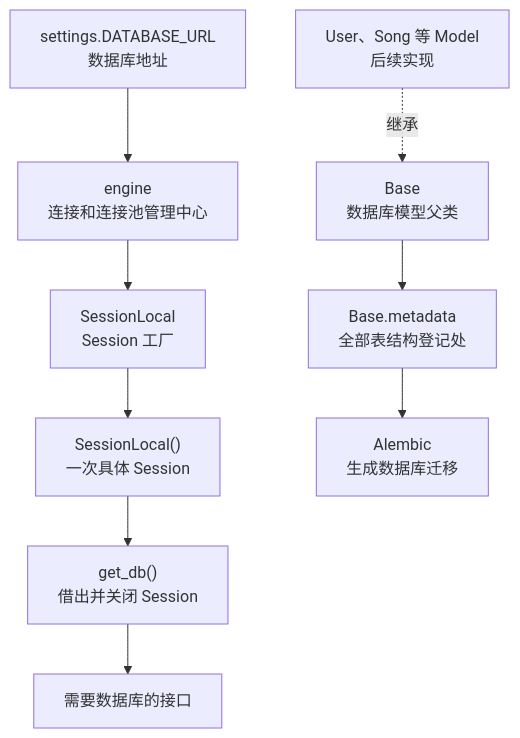
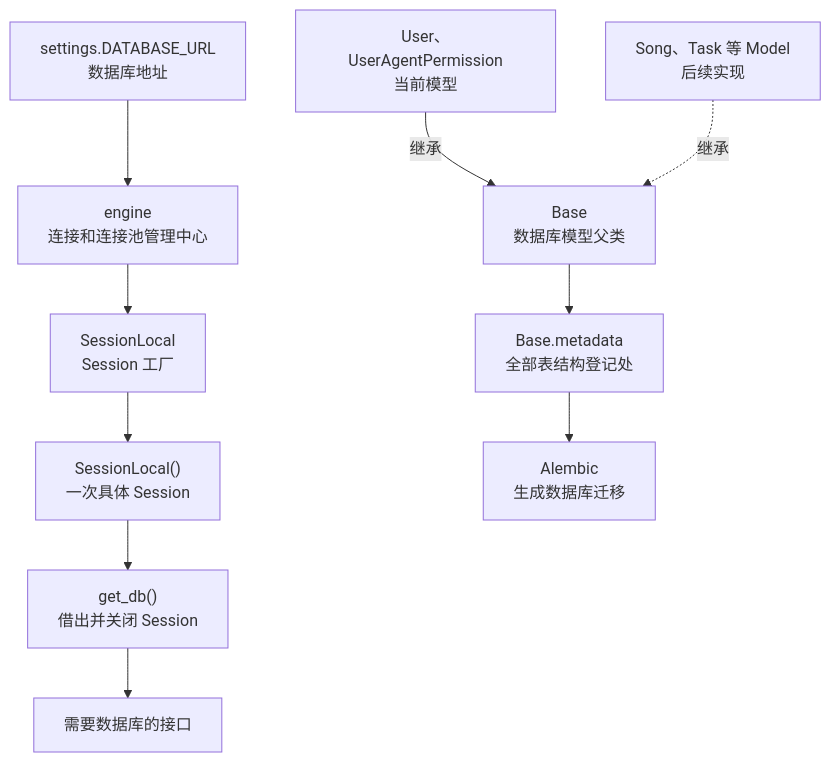
The fifth of 9 diagrams in projects/blue-music-platform/项目知识图谱.md (sunjiaxing520/SunJX), drawn with Mermaid before and after one commit. The commit also changed other lines of this file and 31 other files, not shown here.

````diff
--- a/projects/blue-music-platform/项目知识图谱.md
+++ b/projects/blue-music-platform/项目知识图谱.md
@@ -94,22 +130,24 @@
 ```mermaid
 flowchart TD
     URL["settings.DATABASE_URL<br/>数据库地址"]
     Engine["engine<br/>连接和连接池管理中心"]
     Factory["SessionLocal<br/>Session 工厂"]
     Session["SessionLocal()<br/>一次具体 Session"]
     GetDB["get_db()<br/>借出并关闭 Session"]
     Route["需要数据库的接口"]
     Base["Base<br/>数据库模型父类"]
     Metadata["Base.metadata<br/>全部表结构登记处"]
-    FutureModels["User、Song 等 Model<br/>后续实现"]
+    CurrentModels["User、UserAgentPermission<br/>当前模型"]
+    FutureModels["Song、Task 等 Model<br/>后续实现"]
     Alembic["Alembic<br/>生成数据库迁移"]
 
     URL --> Engine
     Engine --> Factory
     Factory --> Session
     Session --> GetDB
     GetDB --> Route
     Base --> Metadata
+    CurrentModels -->|继承| Base
     FutureModels -.->|继承| Base
     Metadata --> Alembic
 ```
````
